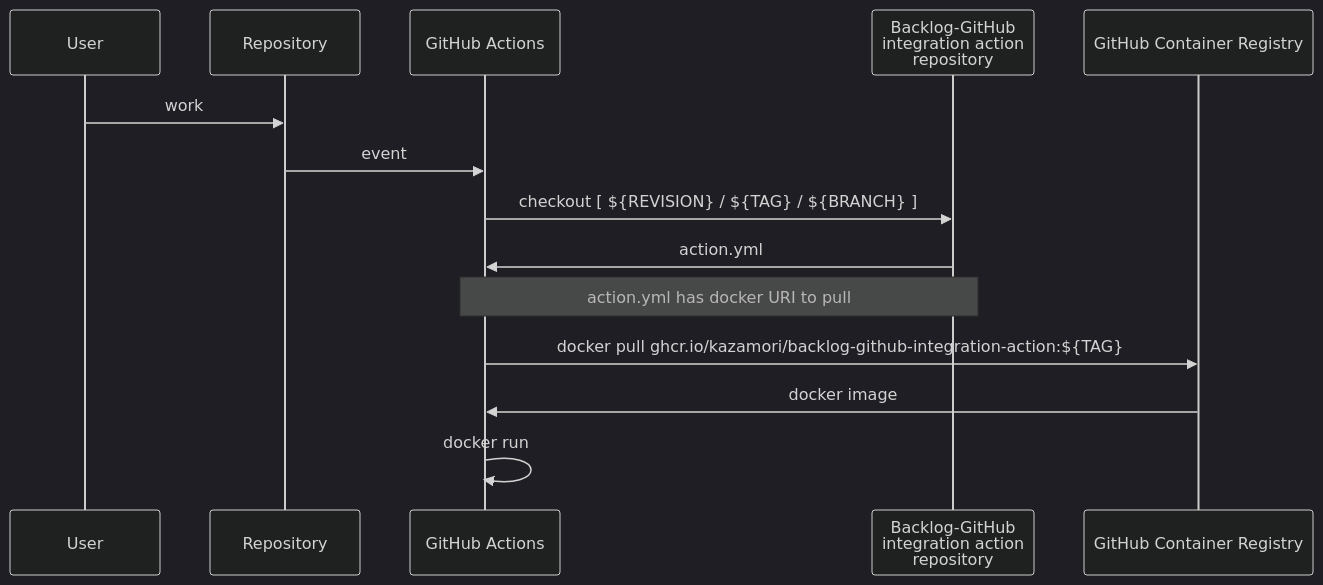
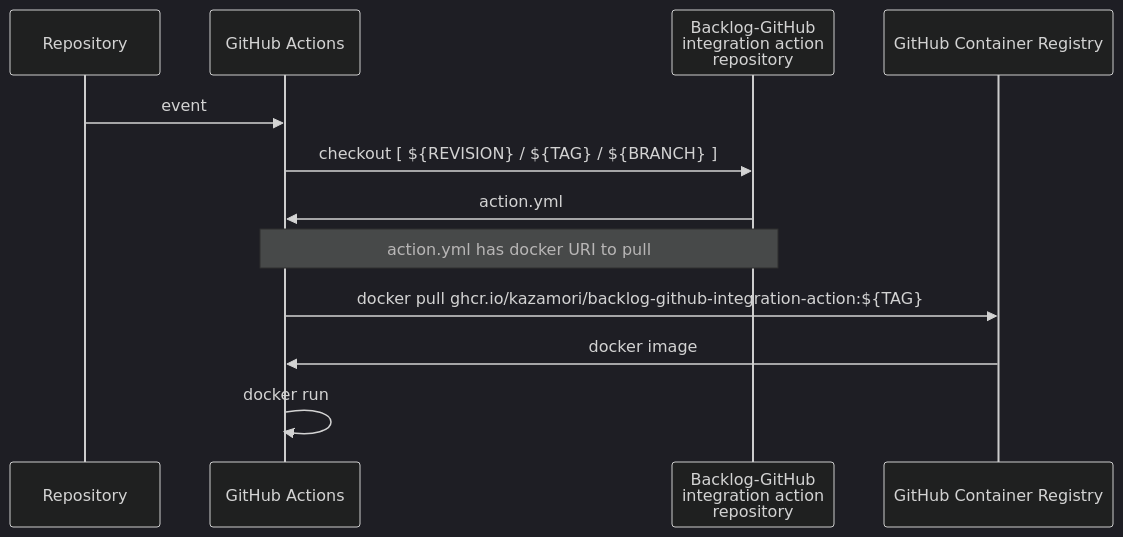
The second of 2 diagrams in README.md (kazamori/backlog-github-integration-action), drawn with Mermaid (dark theme) before and after one commit.

Commit message:
update README about minor refactoring

````diff
--- a/README.md
+++ b/README.md
@@ -220,18 +220,16 @@
 ```mermaid
 sequenceDiagram
 
-participant user as User
 participant repo as Repository
 participant action as GitHub Actions
 participant bgia as Backlog-GitHub<br />integration action<br />repository
 participant ghcr as GitHub Container Registry
 
-user->>repo: work
 repo->>action: event
 action->>bgia: checkout [ ${REVISION} / ${TAG} / ${BRANCH} ]
 bgia->>action: action.yml
 Note over action,bgia: action.yml has docker URI to pull
 action->>ghcr: docker pull ghcr.io/kazamori/backlog-github-integration-action:${TAG}
 ghcr->>action: docker image
 action->>action: docker run
 ```
````
